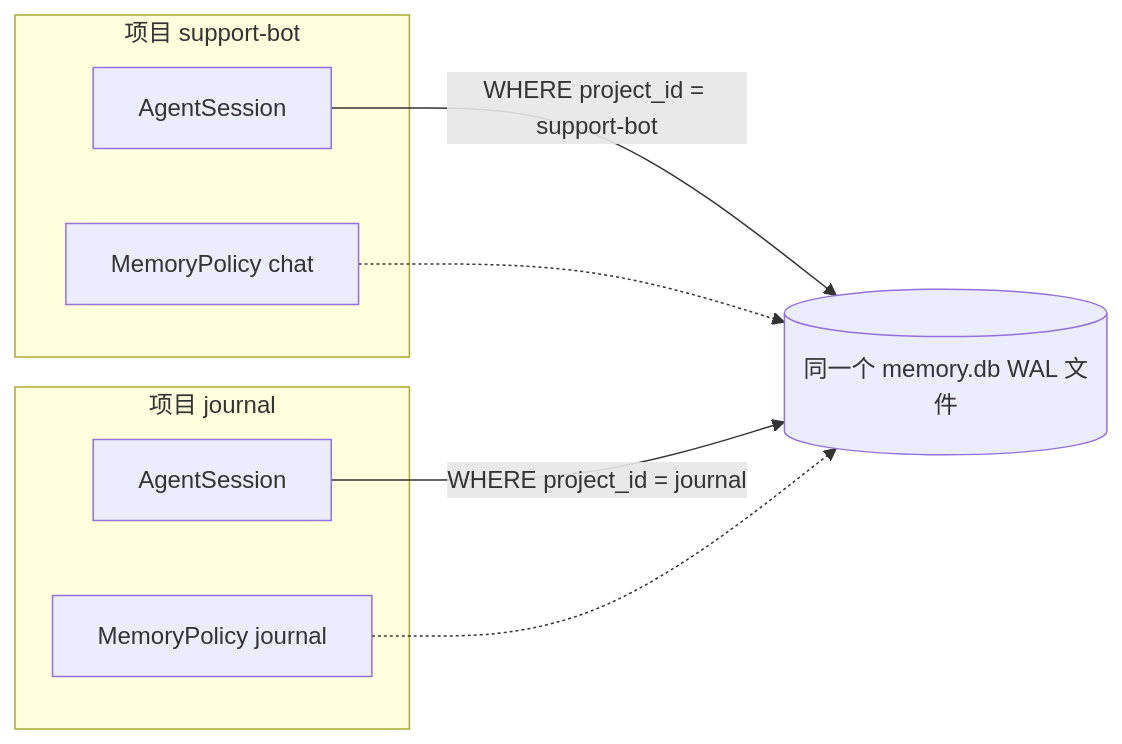
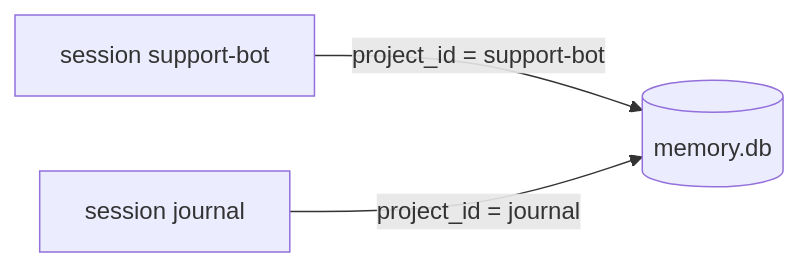
The third of 3 diagrams in docs/ARCHITECTURE.zh-CN.md (zzjzzb/ai-memory), drawn with Mermaid before and after one commit. The commit also changed other lines of this file and 12 other files, not shown here.

````diff
--- a/docs/ARCHITECTURE.zh-CN.md
+++ b/docs/ARCHITECTURE.zh-CN.md
@@ -75,16 +71,8 @@
 ```mermaid
 flowchart LR
-    DB[(同一个 memory.db WAL 文件)]
-    subgraph p1 [项目 support-bot]
-        A1[AgentSession]
-        Pol1[MemoryPolicy chat]
-    end
-    subgraph p2 [项目 journal]
-        A2[AgentSession]
-        Pol2[MemoryPolicy journal]
-    end
-    A1 -->|"WHERE project_id = support-bot"| DB
-    A2 -->|"WHERE project_id = journal"| DB
-    Pol1 -.-> DB
-    Pol2 -.-> DB
+    DB[(memory.db)]
+    A[session support-bot]
+    B[session journal]
+    A -->|"project_id = support-bot"| DB
+    B -->|"project_id = journal"| DB
 ```
````
